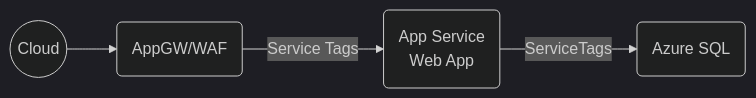
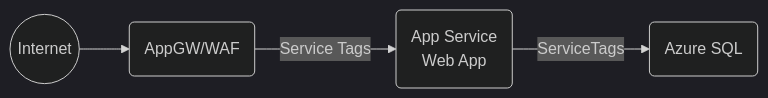
Before and after one commit to msalemor/app-services-networking: the third of 6 diagrams in README.md, drawn with Mermaid (dark theme). The commit also changed other lines of this file, not shown here.

````diff
--- a/README.md
+++ b/README.md
@@ -48,6 +48,6 @@
 ```mermaid
 graph LR;
-    Z((Cloud))-->A;
+    Z((Internet))-->A;
     A(AppGW/WAF)-- Service Tags-->B(App Service<br/>Web App);
     B-- ServiceTags -->C(Azure SQL);
 ```
````
